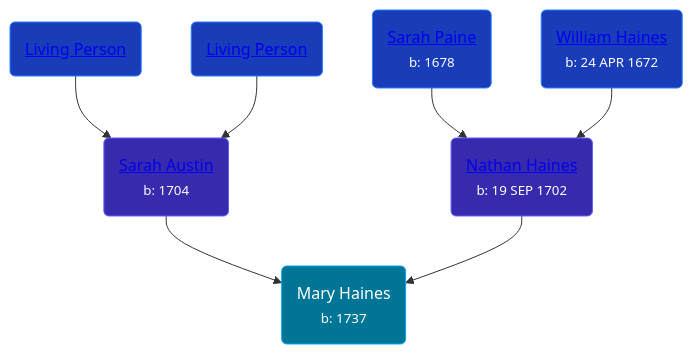
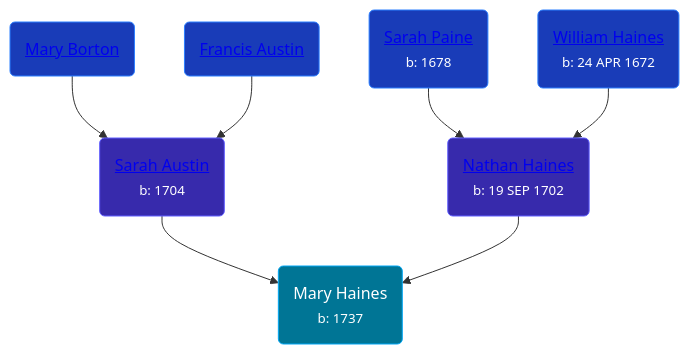
Before and after one commit to wpmgotkh/wpmgotkh.github.io: the diagram in pages/people/5/53194016.md, drawn with Mermaid. The commit also changed 586 other files, not shown here.

Commit message:
feat: better shouldConsiderPersonLiving algo

````diff
--- a/pages/people/5/53194016.md
+++ b/pages/people/5/53194016.md
@@ -11,13 +11,13 @@
 ```mermaid
 graph
 classDef grands fill:#193cb8,stroke:#2b7fff,stroke-width:1px,color:#fff;
 classDef parents fill:#372aac,stroke:#615fff,stroke-width:1px,color:#fff;
 classDef primary fill:#007595,stroke:#00a6f4,stroke-width:1px,color:#fff;
 53194016(Mary Haines<br /><small>b: 1737</small>):::primary
 4530755(<a class="text-white" href="/people/4/4530755">Sarah Austin</a><br /><small>b: 1704</small>):::parents-->53194016
-39788960(<a class="text-white" href="/people/3/39788960">Living Person</a>):::grands-->4530755
-23815487(<a class="text-white" href="/people/2/23815487">Living Person</a>):::grands-->4530755
+39788960(<a class="text-white" href="/people/3/39788960">Mary Borton</a>):::grands-->4530755
+23815487(<a class="text-white" href="/people/2/23815487">Francis Austin</a>):::grands-->4530755
 74064515(<a class="text-white" href="/people/7/74064515">Nathan Haines</a><br /><small>b: 19 SEP 1702</small>):::parents-->53194016
 64473277(<a class="text-white" href="/people/6/64473277">Sarah Paine</a><br /><small>b: 1678</small>):::grands-->74064515
 5796916(<a class="text-white" href="/people/5/5796916">William Haines</a><br /><small>b: 24 APR 1672</small>):::grands-->74064515
 ```
````
